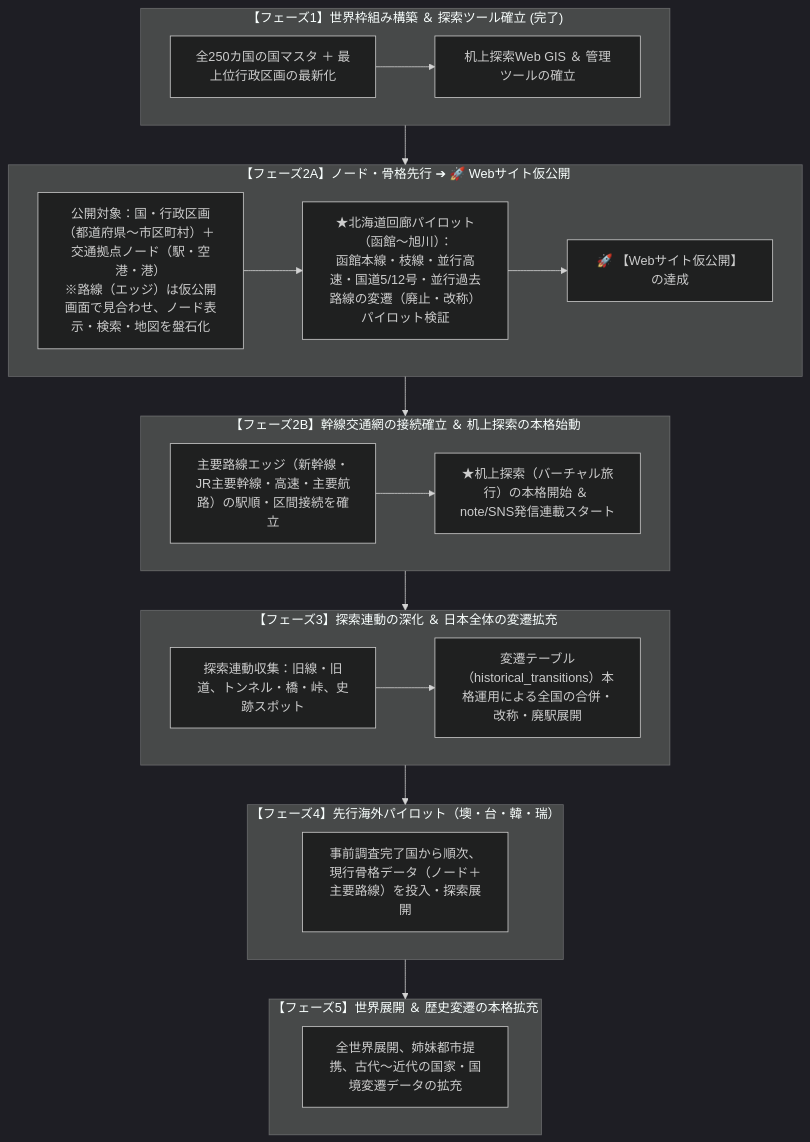
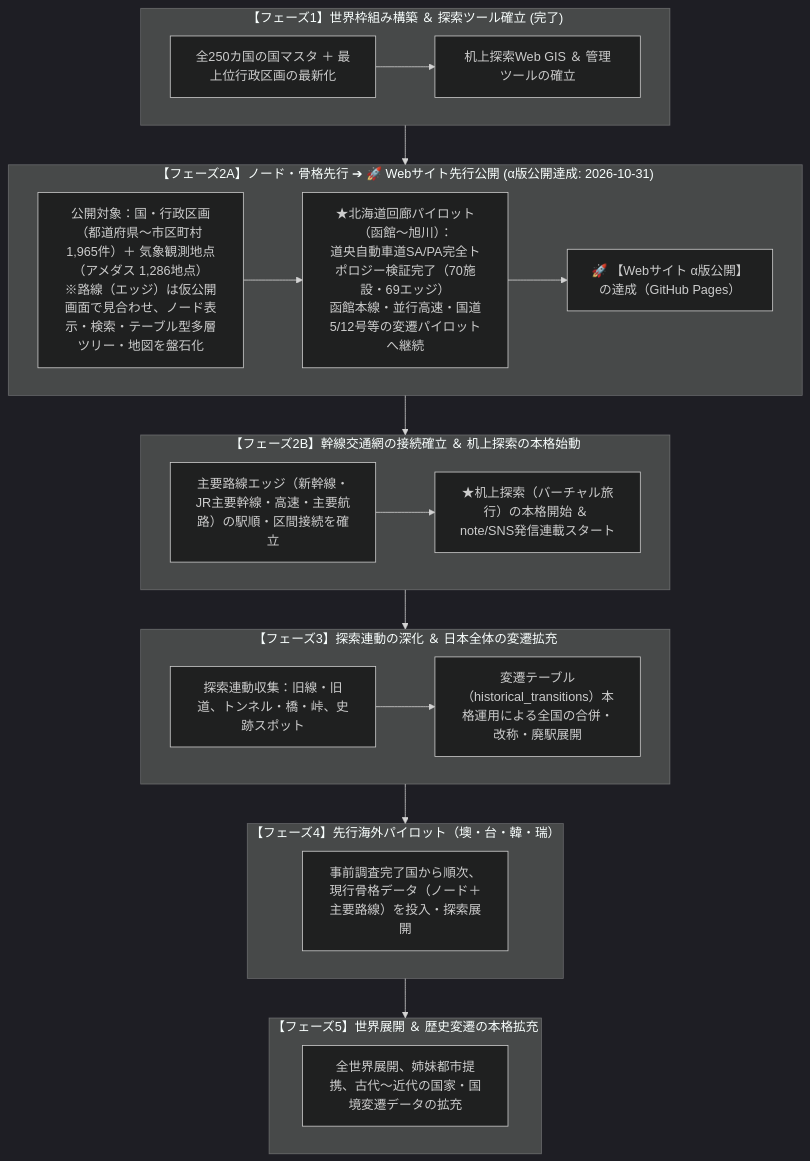
The diagram in docs/01_基本方針とロードマップ.md (sasamichi/PJT_Main), drawn with Mermaid (dark theme) before and after one commit. The commit also changed 3 other files, not shown here.

Commit message:
docs: Webサイト α版先行公開およびGitHub Pages稼働に伴う仕様書・進捗ボード・READMEの更新

````diff
--- a/docs/01_基本方針とロードマップ.md
+++ b/docs/01_基本方針とロードマップ.md
@@ -62,33 +62,33 @@
 ```mermaid
 flowchart TD
     subgraph Phase1["【フェーズ1】世界枠組み構築 ＆ 探索ツール確立 (完了)"]
         P1_Collect["全250カ国の国マスタ ＋ 最上位行政区画の最新化"]
         --> P1_Tool["机上探索Web GIS ＆ 管理ツールの確立"]
     end
 
-    subgraph Phase2A["【フェーズ2A】ノード・骨格先行 ➔ 🚀 Webサイト仮公開"]
-        P2A_Scope["公開対象：国・行政区画（都道府県〜市区町村）＋ 交通拠点ノード（駅・空港・港）<br/>※路線（エッジ）は仮公開画面で見合わせ、ノード表示・検索・地図を盤石化"]
-        --> P2A_Pilot["★北海道回廊パイロット（函館〜旭川）：<br/>函館本線・枝線・並行高速・国道5/12号・並行過去路線の変遷（廃止・改称）パイロット検証"]
-        --> P2A_Pub["🚀 【Webサイト仮公開】の達成"]
+    subgraph Phase2A["【フェーズ2A】ノード・骨格先行 ➔ 🚀 Webサイト先行公開 (α版公開達成: 2026-10-31)"]
+        P2A_Scope["公開対象：国・行政区画（都道府県〜市区町村 1,965件）＋ 気象観測地点（アメダス 1,286地点）<br/>※路線（エッジ）は仮公開画面で見合わせ、ノード表示・検索・テーブル型多層ツリー・地図を盤石化"]
+        --> P2A_Pilot["★北海道回廊パイロット（函館〜旭川）：<br/>道央自動車道SA/PA完全トポロジー検証完了（70施設・69エッジ）<br/>函館本線・並行高速・国道5/12号等の変遷パイロットへ継続"]
+        --> P2A_Pub["🚀 【Webサイト α版公開】の達成（GitHub Pages）"]
     end
 
     subgraph Phase2B["【フェーズ2B】幹線交通網の接続確立 ＆ 机上探索の本格始動"]
         P2B_Edges["主要路線エッジ（新幹線・JR主要幹線・高速・主要航路）の駅順・区間接続を確立"]
         --> P2B_Exp["★机上探索（バーチャル旅行）の本格開始 ＆ note/SNS発信連載スタート"]
     end
 
     subgraph Phase3["【フェーズ3】探索連動の深化 ＆ 日本全体の変遷拡充"]
         P3_Add["探索連動収集：旧線・旧道、トンネル・橋・峠、史跡スポット"]
         --> P3_Trans["変遷テーブル（historical_transitions）本格運用による全国の合併・改称・廃駅展開"]
     end
 
     subgraph Phase4["【フェーズ4】先行海外パイロット（墺・台・韓・瑞）"]
         P4_Global["事前調査完了国から順次、現行骨格データ（ノード＋主要路線）を投入・探索展開"]
     end
 
     subgraph Phase5["【フェーズ5】世界展開 ＆ 歴史変遷の本格拡充"]
         P5_Full["全世界展開、姉妹都市提携、古代〜近代の国家・国境変遷データの拡充"]
     end
 
     Phase1 --> Phase2A --> Phase2B --> Phase3 --> Phase4 --> Phase5
 ```
````
